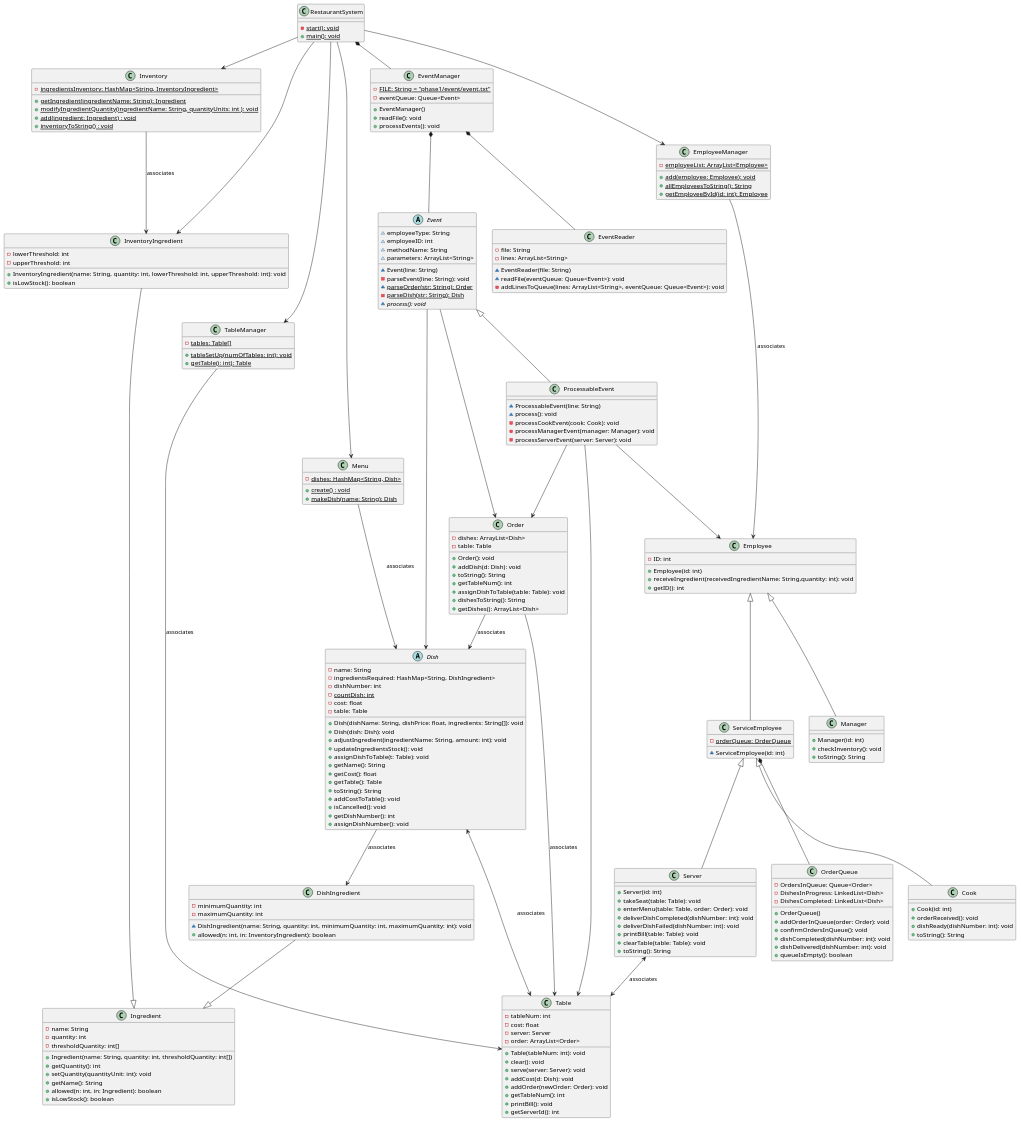
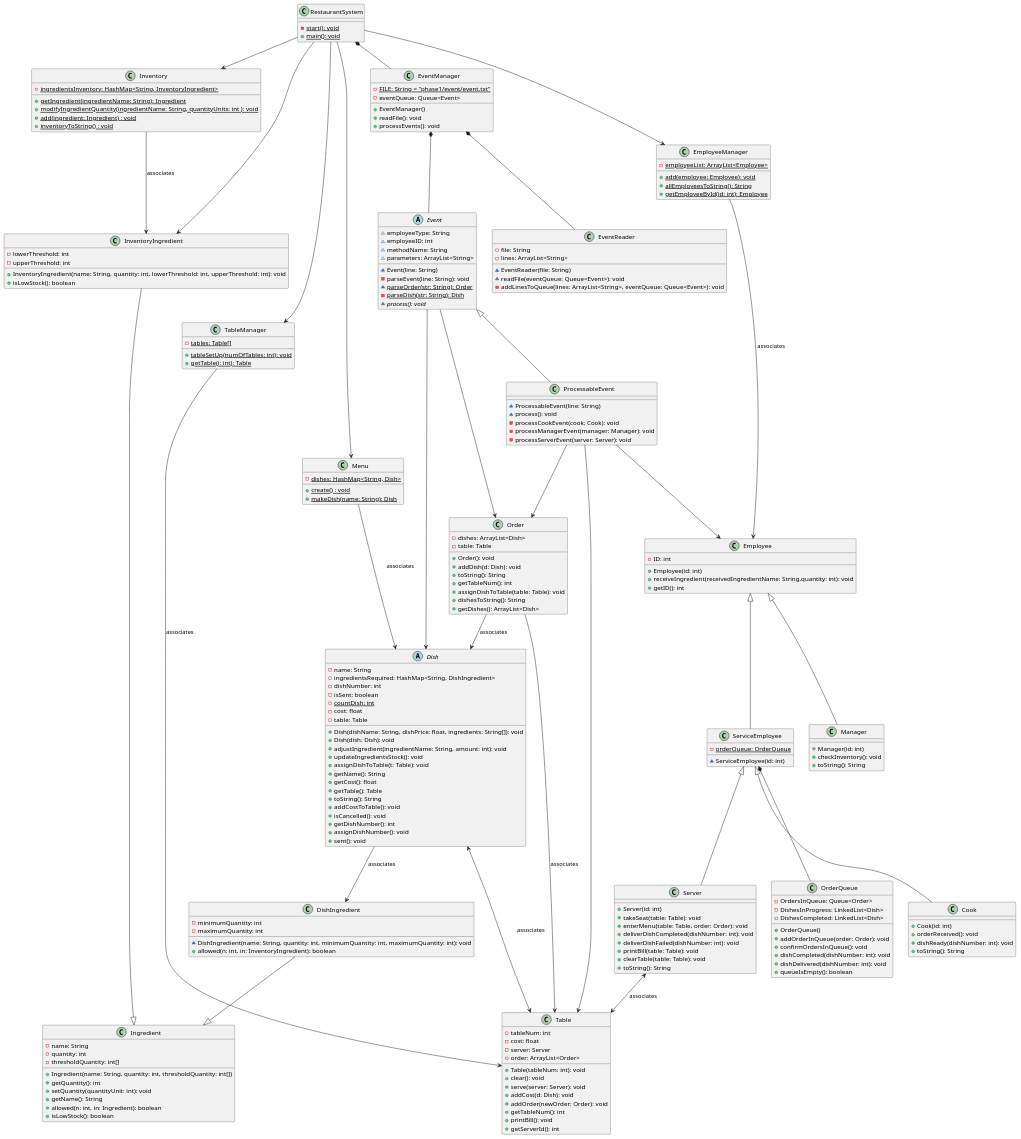
Before and after one commit to billangli/RestaurantSystem: the diagram in phase1/phase1uml.puml, drawn with PlantUML.

Commit message:
updated uml (variable, method added in Dish.java)

```diff
--- a/phase1/phase1uml.puml
+++ b/phase1/phase1uml.puml
@@ -109,6 +109,7 @@
 - name: String
 - ingredientsRequired: HashMap<String, DishIngredient>
 - dishNumber: int
+- isSent: boolean
 - {static} countDish: int
 - cost: float
 - table: Table
@@ -125,6 +126,7 @@
 + isCancelled(): void
 + getDishNumber(): int
 + assignDishNumber(): void
++ sent(): void
 }
 
 Dish <--> Table : associates
```
